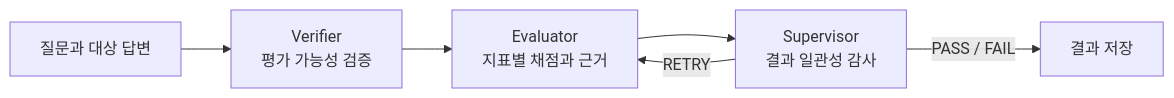
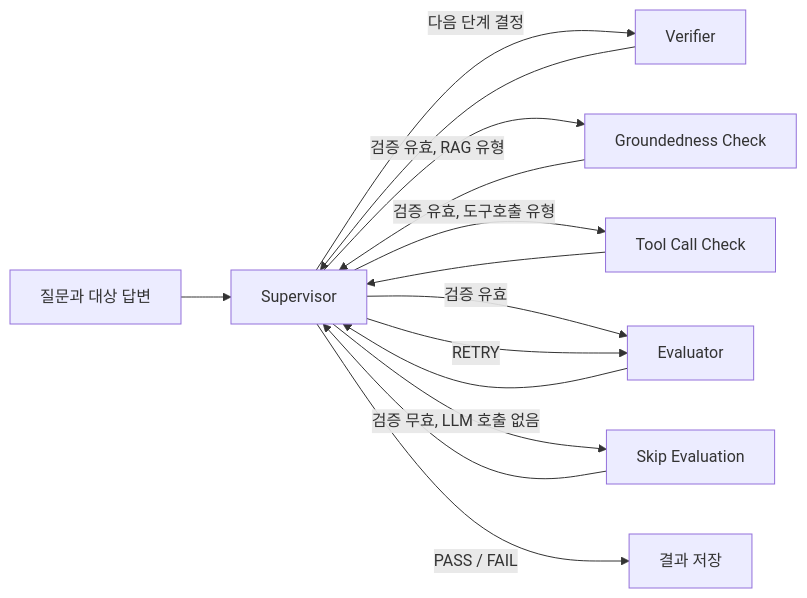
Before and after one commit to hjyoon99/AIEvalPlatform: the first of 2 diagrams in README.md, drawn with Mermaid. The commit also changed other lines of this file, not shown here.

First line of the commit message:
docs: sync README with supervisor-hub architecture and docker-first workflow

````diff
--- a/README.md
+++ b/README.md
@@ -59,8 +59,16 @@
 ```mermaid
 flowchart LR
-    A[질문과 대상 답변] --> V[Verifier<br/>평가 가능성 검증]
-    V --> E[Evaluator<br/>지표별 채점과 근거]
-    E --> S[Supervisor<br/>결과 일관성 감사]
-    S -->|RETRY| E
-    S -->|PASS / FAIL| R[결과 저장]
+    Input[질문과 대상 답변] --> Supervisor
+    Supervisor -->|다음 단계 결정| Verifier
+    Supervisor -->|검증 유효, RAG 유형| Groundedness[Groundedness Check]
+    Supervisor -->|검증 유효, 도구호출 유형| ToolCall[Tool Call Check]
+    Supervisor -->|검증 유효| Evaluator
+    Supervisor -->|검증 무효, LLM 호출 없음| Skip[Skip Evaluation]
+    Verifier --> Supervisor
+    Groundedness --> Supervisor
+    ToolCall --> Supervisor
+    Evaluator --> Supervisor
+    Skip --> Supervisor
+    Supervisor -->|RETRY| Evaluator
+    Supervisor -->|PASS / FAIL| R[결과 저장]
 ```
````
